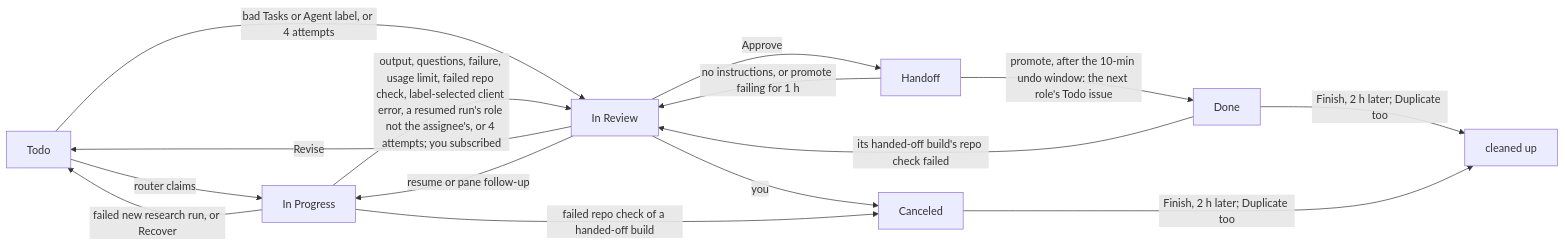
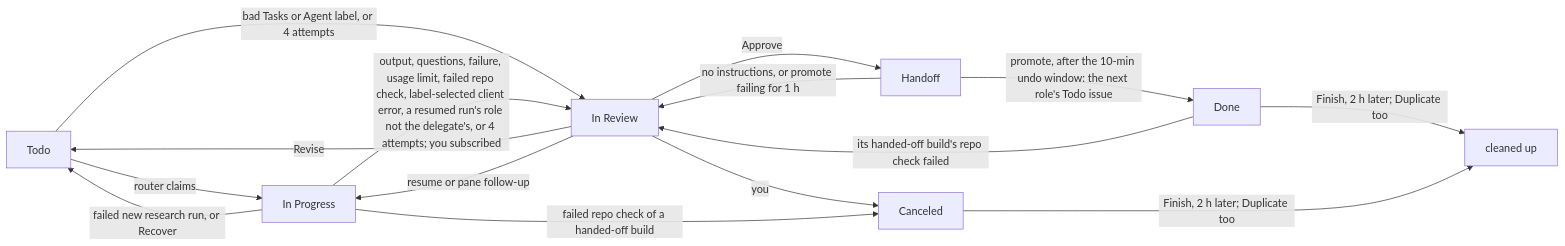
The second of 3 diagrams in docs/board.md (windroc-labs/ensemble), drawn with Mermaid before and after one commit. The commit also changed other lines of this file and 128 other files, not shown here.

````diff
--- a/docs/board.md
+++ b/docs/board.md
@@ -107,16 +110,16 @@
 ```mermaid
 flowchart LR
     T[Todo] -->|router claims| P[In Progress]
     T -->|"bad Tasks or Agent label, or 4 attempts"| R[In Review]
-    P -->|"output, questions, failure, usage limit, failed repo check, label-selected client error, a resumed run's role not the assignee's, or 4 attempts; you subscribed"| R
+    P -->|"output, questions, failure, usage limit, failed repo check, label-selected client error, a resumed run's role not the delegate's, or 4 attempts; you subscribed"| R
     P -->|"failed new research run, or Recover"| T
     R -->|Approve| H[Handoff]
     R -->|Revise| T
     R -->|"resume or pane follow-up"| P
     R -->|you| C[Canceled]
     P -->|"failed repo check of a handed-off build"| C
     H -->|"promote, after the 10-min undo window: the next role's Todo issue"| D[Done]
     H -->|"no instructions, or promote failing for 1 h"| R
     D -->|"its handed-off build's repo check failed"| R
     D & C -->|"Finish, 2 h later; Duplicate too"| X[cleaned up]
 ```
````
